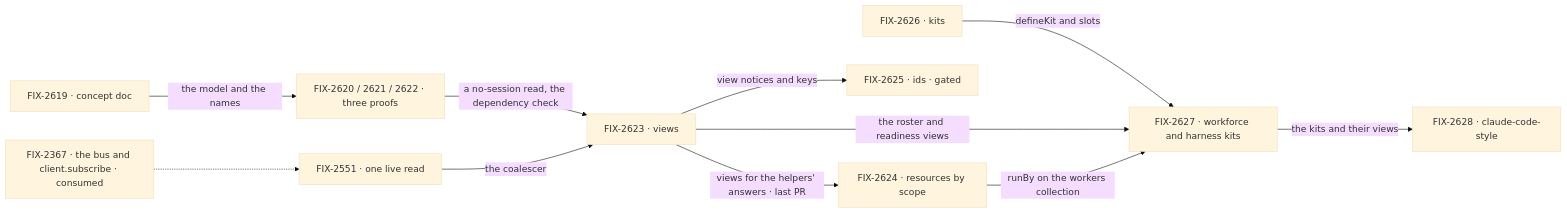
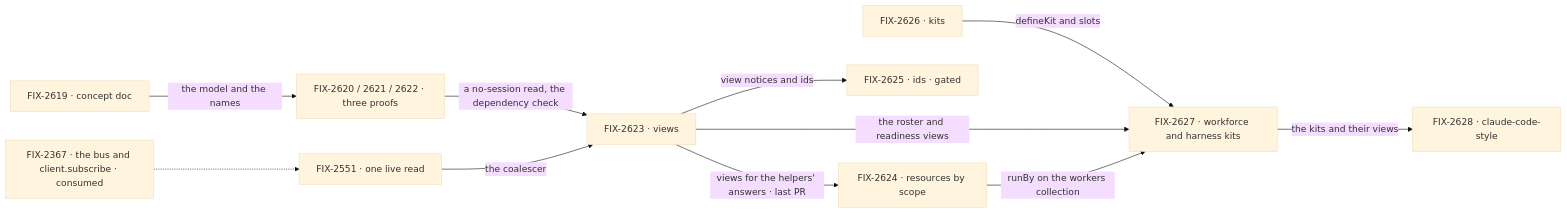
One commit to fixpoint-labs/flow-state-dev changed the second of 2 diagrams in specs/epics/FIX-2618/SPEC.md. Above: the diagram before and after it, drawn with Mermaid (base theme). The commit also changed 37 other files, not shown here.

First line of the commit message:
feat(notices): name the ids of what changed on a notice, with a per-scope off switch (FIX-2625)

````diff
--- a/specs/epics/FIX-2618/SPEC.md
+++ b/specs/epics/FIX-2618/SPEC.md
@@ -104,13 +104,13 @@
 ```mermaid
 flowchart LR
   X["FIX-2367 · the bus and client.subscribe · consumed"] -.-> L
   D["FIX-2619 · concept doc"] -->|"the model and the names"| P["FIX-2620 / 2621 / 2622 · three proofs"]
   P -->|"a no-session read, the dependency check"| V["FIX-2623 · views"]
   L["FIX-2551 · one live read"] -->|"the coalescer"| V
   V -->|"views for the helpers' answers · last PR"| R["FIX-2624 · resources by scope"]
-  V -->|"view notices and keys"| I["FIX-2625 · ids · gated"]
+  V -->|"view notices and ids"| I["FIX-2625 · ids · gated"]
   K["FIX-2626 · kits"] -->|"defineKit and slots"| W["FIX-2627 · workforce and harness kits"]
   V -->|"the roster and readiness views"| W
   R -->|"runBy on the workers collection"| W
   W -->|"the kits and their views"| C["FIX-2628 · claude-code-style"]
 ```
````
